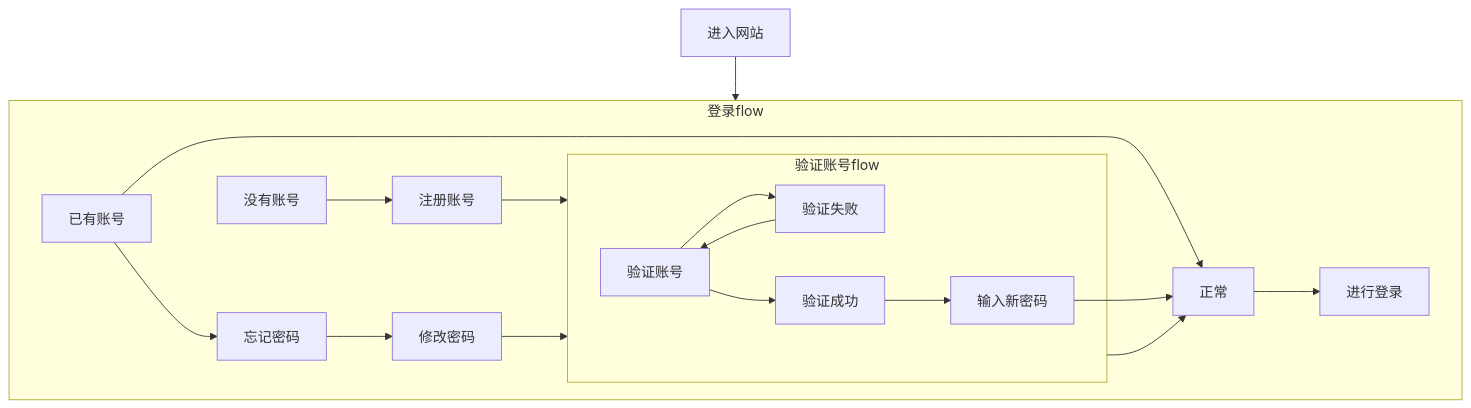
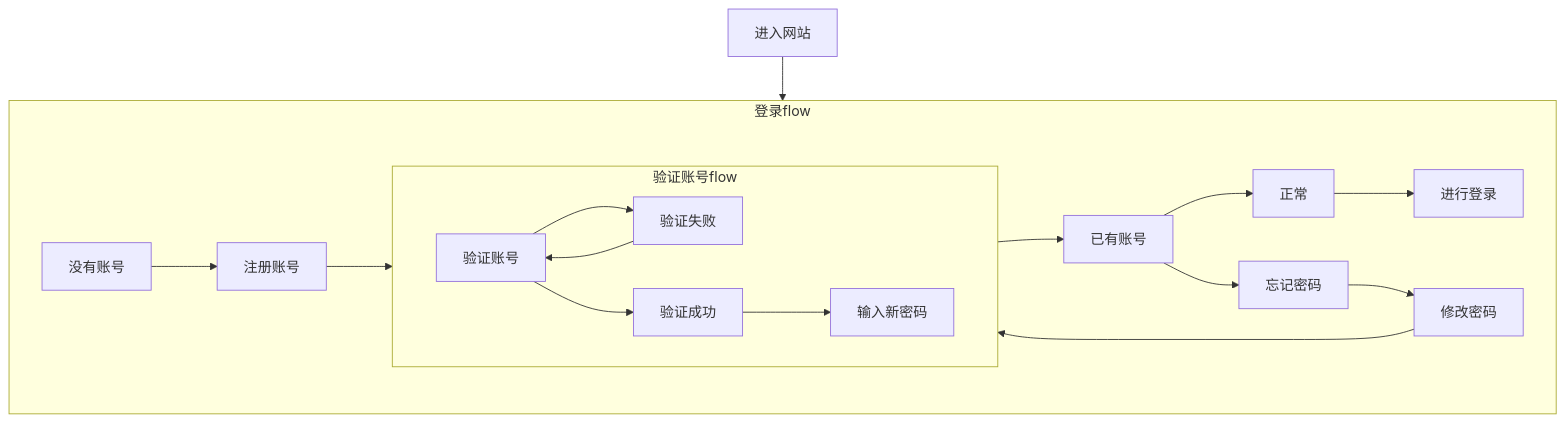
Before and after one commit to AJiuAQ/blog.thatisme.cn: the second of 5 diagrams in docs/thatisme产品需求文档PRD.md, drawn with Mermaid. The commit also changed other lines of this file and 57 other files, not shown here.

````diff
--- a/docs/thatisme产品需求文档PRD.md
+++ b/docs/thatisme产品需求文档PRD.md
@@ -103,13 +103,13 @@
 ```mermaid
 flowchart TB
   进入网站 --> 登录flow
   subgraph 登录flow
       已有账号 --> 正常 --> 进行登录
-      没有账号 --> 注册账号 --> 验证账号flow --> 正常
+      没有账号 --> 注册账号 --> 验证账号flow --> 已有账号
       已有账号 --> 忘记密码 --> 修改密码 --> 验证账号flow
   end
   subgraph 验证账号flow
     验证账号 --> 验证失败 --> 验证账号
-    验证账号 --> 验证成功 --> 输入新密码 --> 正常
+    验证账号 --> 验证成功 --> 输入新密码
   end
 ```
````
